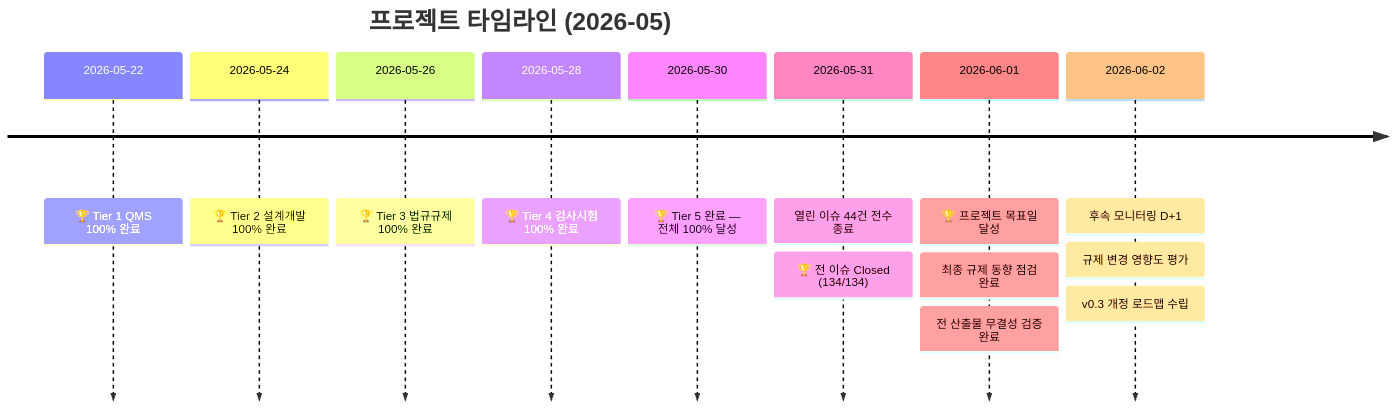
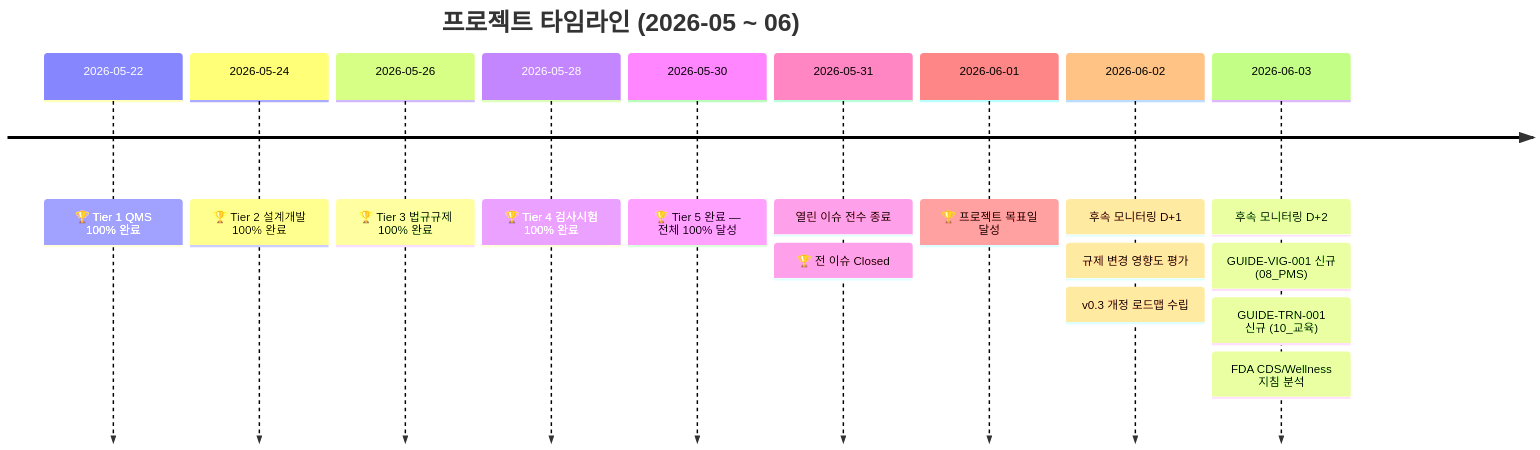
Before and after one commit to holee9/MD-process: the third of 3 diagrams in README.md, drawn with Mermaid. The commit also changed other lines of this file, not shown here.

Commit message:
chore(readme): 진행현황 갱신 — 문서 70건, 이슈 144건, D+2 타임라인 추가

````diff
--- a/README.md
+++ b/README.md
@@ -189,17 +189,19 @@
 ```mermaid
 timeline
-    title 프로젝트 타임라인 (2026-05)
+    title 프로젝트 타임라인 (2026-05 ~ 06)
     2026-05-22 : 🏆 Tier 1 QMS 100% 완료
     2026-05-24 : 🏆 Tier 2 설계개발 100% 완료
     2026-05-26 : 🏆 Tier 3 법규규제 100% 완료
     2026-05-28 : 🏆 Tier 4 검사시험 100% 완료
     2026-05-30 : 🏆 Tier 5 완료 — 전체 100% 달성
-    2026-05-31 : 열린 이슈 44건 전수 종료
-               : 🏆 전 이슈 Closed (134/134)
+    2026-05-31 : 열린 이슈 전수 종료
+               : 🏆 전 이슈 Closed
     2026-06-01 : 🏆 프로젝트 목표일 달성
-               : 최종 규제 동향 점검 완료
-               : 전 산출물 무결성 검증 완료
     2026-06-02 : 후속 모니터링 D+1
                : 규제 변경 영향도 평가
                : v0.3 개정 로드맵 수립
+    2026-06-03 : 후속 모니터링 D+2
+               : GUIDE-VIG-001 신규 (08_PMS)
+               : GUIDE-TRN-001 신규 (10_교육)
+               : FDA CDS/Wellness 지침 분석
 ```
````
